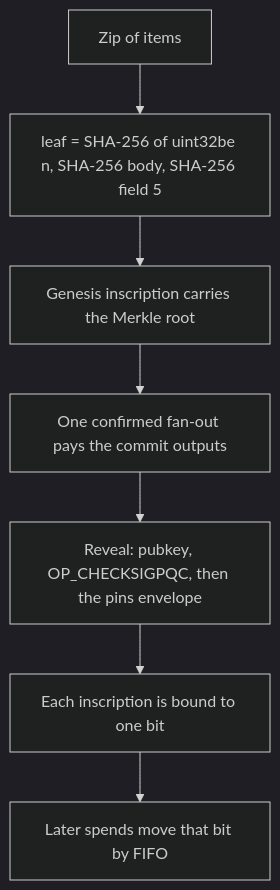
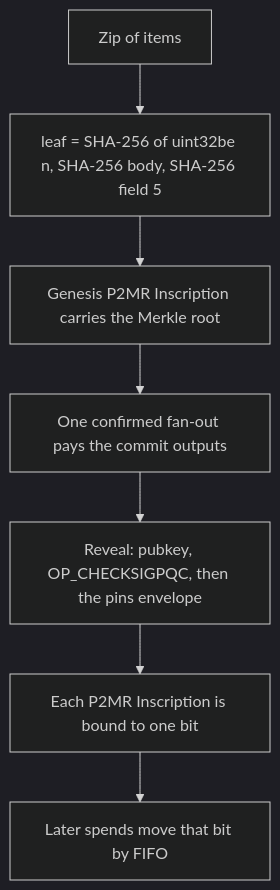
The first of 2 diagrams in README.md (P2MR-Inscriptions/pins), drawn with Mermaid (dark theme) before and after one commit. The commit also changed other lines of this file and 53 other files, not shown here.

````diff
--- a/README.md
+++ b/README.md
@@ -68,11 +126,11 @@
 ```mermaid
 flowchart TD
   zip[Zip of items]
   leaves["leaf = SHA-256 of uint32be n, SHA-256 body, SHA-256 field 5"]
-  genesis[Genesis inscription carries the Merkle root]
+  genesis[Genesis P2MR Inscription carries the Merkle root]
   fanout[One confirmed fan-out pays the commit outputs]
   reveal["Reveal: pubkey, OP_CHECKSIGPQC, then the pins envelope"]
-  bit[Each inscription is bound to one bit]
+  bit[Each P2MR Inscription is bound to one bit]
   fifo[Later spends move that bit by FIFO]
   zip --> leaves --> genesis --> fanout --> reveal --> bit --> fifo
 ```
````
